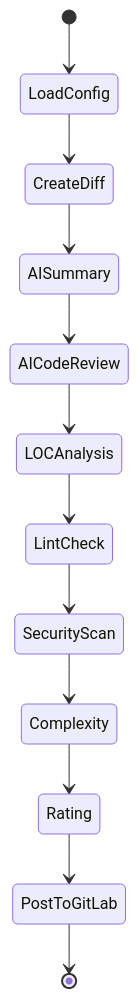
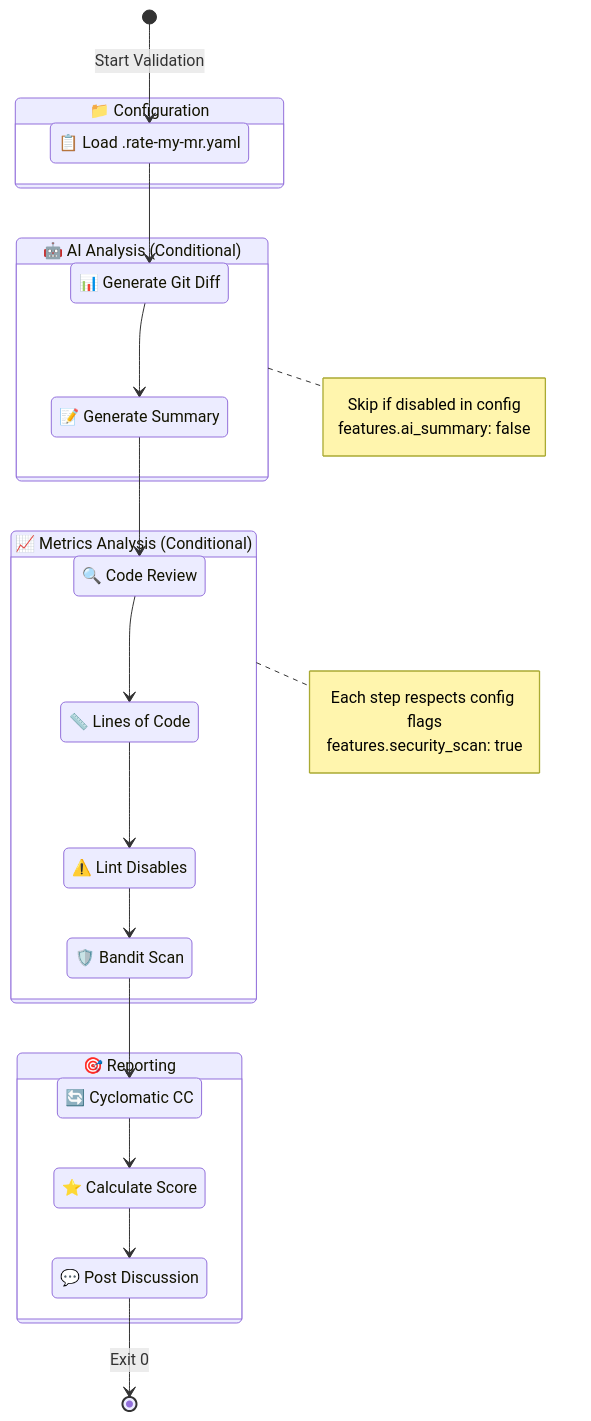
One commit to vigneshpalanivelr/commit-validator changed the fifth of 6 diagrams in ARCHITECTURE.md. Above: the diagram before and after it, drawn with Mermaid. The commit also changed other lines of this file and 2 other files, not shown here.

````diff
--- a/ARCHITECTURE.md
+++ b/ARCHITECTURE.md
@@ -312,14 +389,47 @@
 ```mermaid
 stateDiagram-v2
-    [*] --> LoadConfig
-    LoadConfig --> CreateDiff
-    CreateDiff --> AISummary
-    AISummary --> AICodeReview
-    AICodeReview --> LOCAnalysis
-    LOCAnalysis --> LintCheck
-    LintCheck --> SecurityScan
-    SecurityScan --> Complexity
-    Complexity --> Rating
-    Rating --> PostToGitLab
-    PostToGitLab --> [*]
+    [*] --> LoadConfig: Start Validation
+
+    state "📁 Configuration" as Config {
+        LoadConfig: 📋 Load .rate-my-mr.yaml
+        LoadConfig --> CreateDiff
+        CreateDiff: 📊 Generate Git Diff
+    }
+
+    state "🤖 AI Analysis (Conditional)" as AI {
+        CreateDiff --> AISummary
+        AISummary: 📝 Generate Summary
+        AISummary --> AICodeReview
+        AICodeReview: 🔍 Code Review
+    }
+
+    state "📈 Metrics Analysis (Conditional)" as Metrics {
+        AICodeReview --> LOCAnalysis
+        LOCAnalysis: 📏 Lines of Code
+        LOCAnalysis --> LintCheck
+        LintCheck: ⚠️ Lint Disables
+        LintCheck --> SecurityScan
+        SecurityScan: 🛡️ Bandit Scan
+        SecurityScan --> Complexity
+        Complexity: 🔄 Cyclomatic CC
+    }
+
+    state "🎯 Reporting" as Report {
+        Complexity --> Rating
+        Rating: ⭐ Calculate Score
+        Rating --> PostToGitLab
+        PostToGitLab: 💬 Post Discussion
+    }
+
+    PostToGitLab --> [*]: Exit 0
+
+    note right of AI
+        Skip if disabled in config
+        features.ai_summary: false
+    end note
+
+    note right of Metrics
+        Each step respects config flags
+        features.security_scan: true
+    end note
 ```
````
